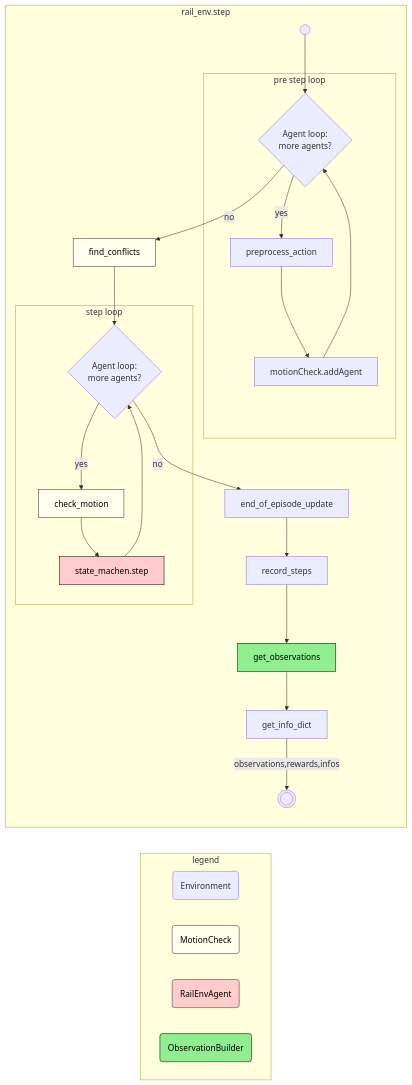
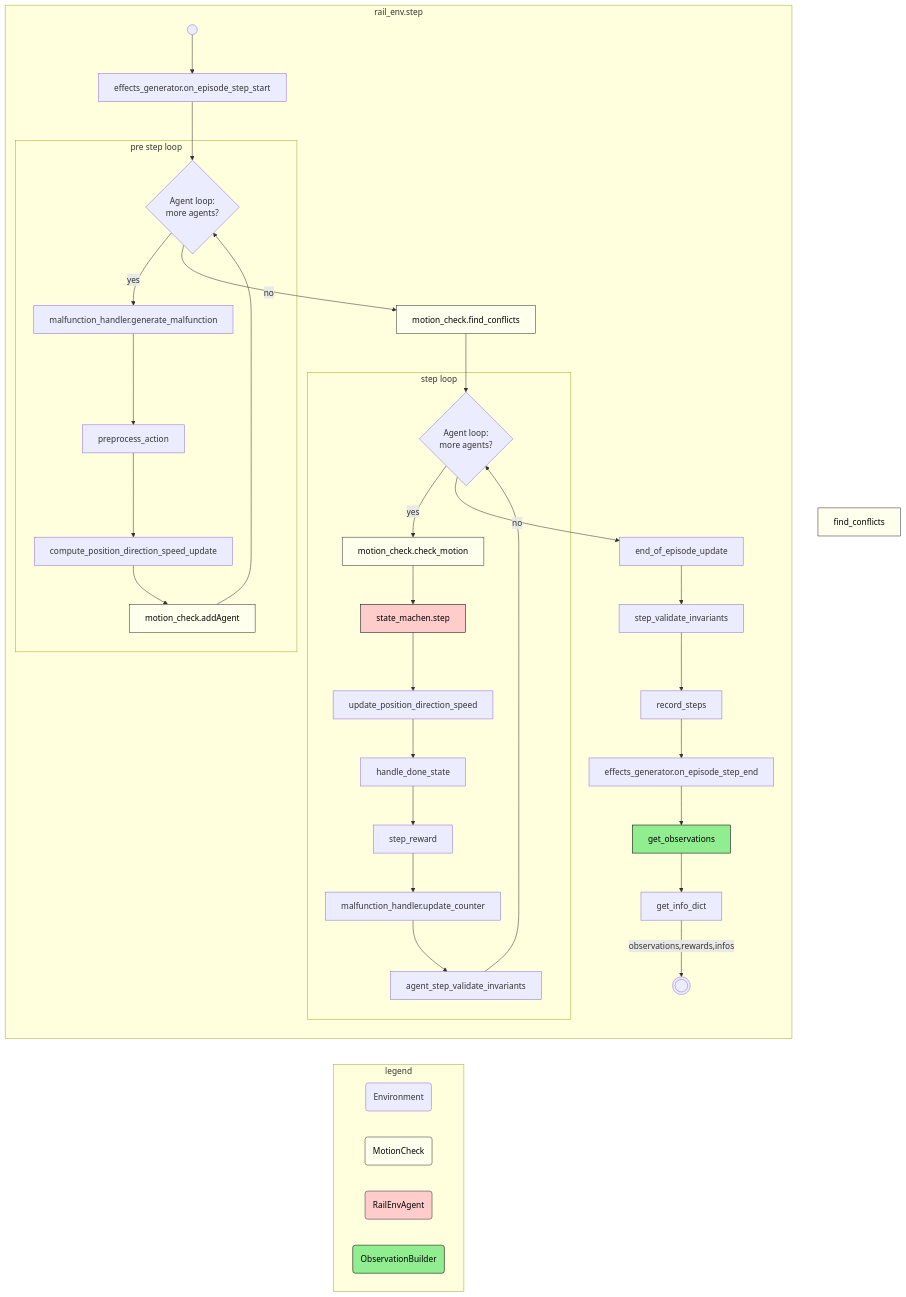
One commit to flatland-association/flatland-book changed the fourth of 5 diagrams in key-concepts/key_concepts.md. Above: the diagram before and after it, drawn with Mermaid. The commit also changed other lines of this file, not shown here.

Commit message:
Refine step flow.

````diff
--- a/key-concepts/key_concepts.md
+++ b/key-concepts/key_concepts.md
@@ -229,38 +229,50 @@
 ```mermaid
 flowchart TD
     subgraph rail_env.step
         direction TB
-        start(("&nbsp;")) --> pre_step_loop
+        start(("&nbsp;")) --> effects_generator.on_episode_step_start
+        effects_generator.on_episode_step_start --> pre_step_loop
         subgraph pre_step_loop_ [pre step loop]
-            pre_step_loop{Agent loop:<br/> more agents?} -->|yes| preprocess_action
-            preprocess_action --> motionCheck.addAgent
-            motionCheck.addAgent --> pre_step_loop
+            pre_step_loop{Agent loop:<br/> more agents?} -->|yes| malfunction_handler.generate_malfunction
+            malfunction_handler.generate_malfunction --> preprocess_action
+            preprocess_action --> compute_position_direction_speed_update
+            compute_position_direction_speed_update --> motion_check.addAgent
+            motion_check.addAgent --> pre_step_loop
         end
-        pre_step_loop -->|no| find_conflicts
-        find_conflicts --> step_loop
+        pre_step_loop -->|no| motion_check.find_conflicts
+        motion_check.find_conflicts --> step_loop
         subgraph step_loop_ [step loop]
-            step_loop{Agent loop:<br/> more agents?} -->|yes| check_motion
-            check_motion --> state_machen.step
-            state_machen.step --> step_loop
+            step_loop{Agent loop:<br/> more agents?} -->|yes| motion_check.check_motion
+            motion_check.check_motion --> state_machen.step
+            state_machen.step --> update_position_direction_speed
+            update_position_direction_speed --> handle_done_state
+            handle_done_state --> step_reward
+            step_reward --> malfunction_handler.update_counter
+            malfunction_handler.update_counter --> agent_step_validate_invariants
+            agent_step_validate_invariants --> step_loop
         end
         step_loop -->|no| end_of_episode_update
-        end_of_episode_update --> record_steps
-        record_steps --> get_observations
+        end_of_episode_update --> step_validate_invariants
+        step_validate_invariants --> record_steps
+        record_steps --> effects_generator.on_episode_step_end
+        effects_generator.on_episode_step_end --> get_observations
         get_observations --> get_info_dict
         get_info_dict -->|observations,rewards,infos| end_((("&nbsp;")))
     end
     subgraph legend
         Environment(Environment)
         MotionCheck(MotionCheck)
         RailEnvAgent(RailEnvAgent)
         ObservationBuilder(ObservationBuilder)
     end
     style MotionCheck fill: #ffe, stroke: #333, stroke-width: 1px, color: black
     style find_conflicts fill: #ffe, stroke: #333, stroke-width: 1px, color: black
-    style check_motion fill: #ffe, stroke: #333, stroke-width: 1px, color: black
+    style motion_check.check_motion fill: #ffe, stroke: #333, stroke-width: 1px, color: black
+    style motion_check.find_conflicts fill: #ffe, stroke: #333, stroke-width: 1px, color: black
+    style motion_check.addAgent fill: #ffe, stroke: #333, stroke-width: 1px, color: black
     style RailEnvAgent fill: #fcc, stroke: #333, stroke-width: 1px, color: black
     style state_machen.step fill: #fcc, stroke: #000, stroke-width: 1px, color: black
     style ObservationBuilder fill: #90ee90, stroke: #000, stroke-width: 1px, color: black
     style get_observations fill: #90ee90, stroke: #000, stroke-width: 1px, color: black
     rail_env.step ~~~ legend
 ```
````
